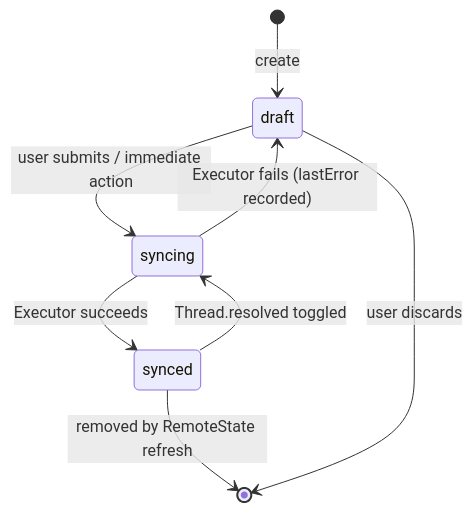
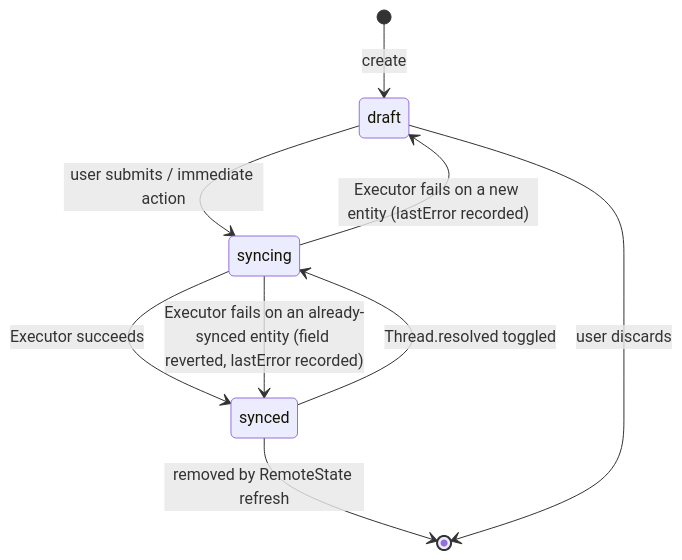
Before and after one commit to nownabe/bark: the second of 3 diagrams in docs/adr/0001-pr-data-layer-architecture.md, drawn with Mermaid. The commit also changed other lines of this file and 4 other files, not shown here.

First line of the commit message:
fix(pr): park a failed resolve toggle in synced, not draft (#320)

````diff
--- a/docs/adr/0001-pr-data-layer-architecture.md
+++ b/docs/adr/0001-pr-data-layer-architecture.md
@@ -156,10 +156,11 @@
 ```mermaid
 stateDiagram-v2
     [*] --> draft: create
     draft --> syncing: user submits / immediate action
     synced --> syncing: Thread.resolved toggled
     syncing --> synced: Executor succeeds
-    syncing --> draft: Executor fails (lastError recorded)
+    syncing --> draft: Executor fails on a new entity (lastError recorded)
+    syncing --> synced: Executor fails on an already-synced entity (field reverted, lastError recorded)
     synced --> [*]: removed by RemoteState refresh
     draft --> [*]: user discards
 ```
````
